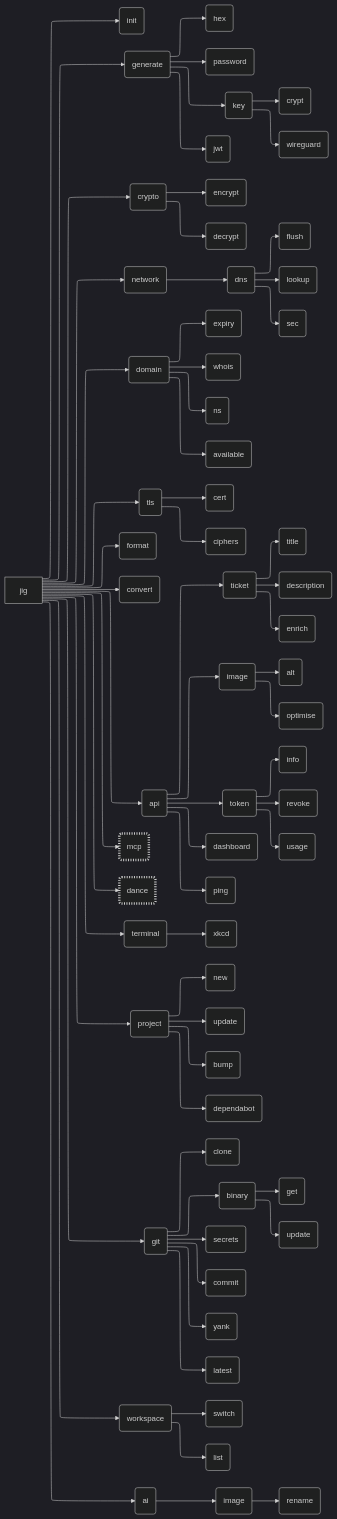
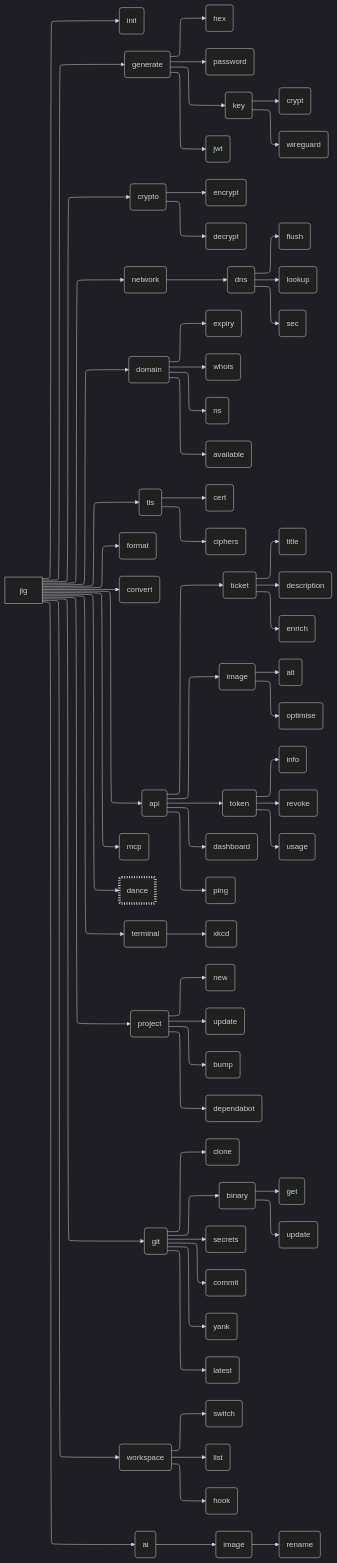
The diagram in README.md (daveio/jig), drawn with Mermaid before and after one commit. The commit also changed other lines of this file, not shown here.

First line of the commit message:
📝 Update README with workspace hook command and dependency changes

````diff
--- a/README.md
+++ b/README.md
@@ -11,75 +11,75 @@
 ```mermaid
 ---
 config:
   theme: dark
   layout: elk
 ---
 graph LR
   jig[jig] --> init(init)
   jig --> generate(generate)
     generate --> generateHex(hex)
     generate --> generatePassword(password)
     generate --> generateKey(key)
       generateKey --> generateKeyCrypt(crypt)
       generateKey --> generateKeyWireguard(wireguard)
     generate --> generateJwt(jwt)
   jig --> crypto(crypto)
     crypto --> cryptoEncrypt(encrypt)
     crypto --> cryptoDecrypt(decrypt)
   jig --> network(network)
     network --> networkDns(dns)
       networkDns --> networkDnsFlush(flush)
       networkDns --> networkDnsLookup(lookup)
       networkDns --> networkDnsSec(sec)
   jig --> domain(domain)
     domain --> domainExpiry(expiry)
     domain --> domainWhois(whois)
     domain --> domainNs(ns)
     domain --> domainAvailable(available)
   jig --> tls(tls)
     tls --> tlsCert(cert)
     tls --> tlsCiphers(ciphers)
   jig --> format(format)
   jig --> convert(convert)
   jig --> api(api)
     api --> apiTicket(ticket)
       apiTicket --> apiTicketTitle(title)
       apiTicket --> apiTicketDescription(description)
       apiTicket --> apiTicketEnrich(enrich)
     api --> apiImage(image)
       apiImage --> apiImageAlt(alt)
       apiImage --> apiImageOptimise(optimise)
     api --> apiToken(token)
       apiToken --> apiTokenInfo(info)
       apiToken --> apiTokenRevoke(revoke)
       apiToken --> apiTokenUsage(usage)
     api --> apiDashboard(dashboard)
     api --> apiPing(ping)
   jig --> mcp(mcp)
   jig --> dance(dance)
   jig --> terminal(terminal)
     terminal --> terminalXKCD(xkcd)
   jig --> project(project)
     project --> projectNew(new)
     project --> projectUpdate(update)
     project --> projectBump(bump)
     project --> projectDependabot(dependabot)
   jig --> git(git)
     git --> gitClone(clone)
     git --> gitBinary(binary)
       gitBinary --> gitBinaryGet(get)
       gitBinary --> gitBinaryUpdate(update)
     git --> gitSecrets(secrets)
     git --> gitCommit(commit)
     git --> gitYank(yank)
     git --> gitLatest(latest)
   jig --> workspace(workspace)
     workspace --> workspaceSwitch(switch)
     workspace --> workspaceList(list)
+    workspace --> workspaceHook(hook)
   jig --> ai(ai)
     ai --> aiImage(image)
       aiImage --> aiImageRename(rename)
 
-  style mcp stroke-dasharray: 2 3,stroke-width: 5px
   style dance stroke-dasharray: 2 3,stroke-width: 5px
 ```
````
